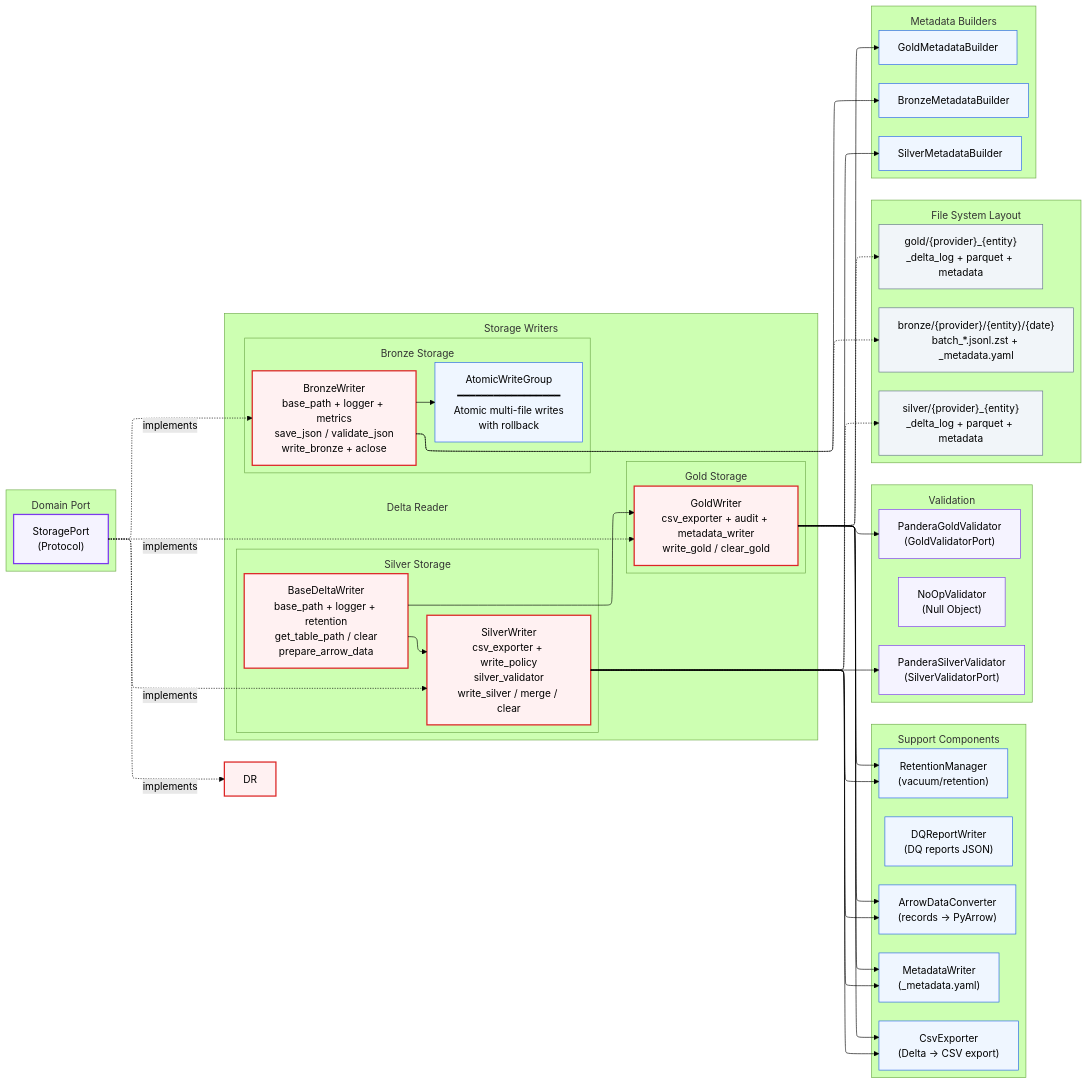
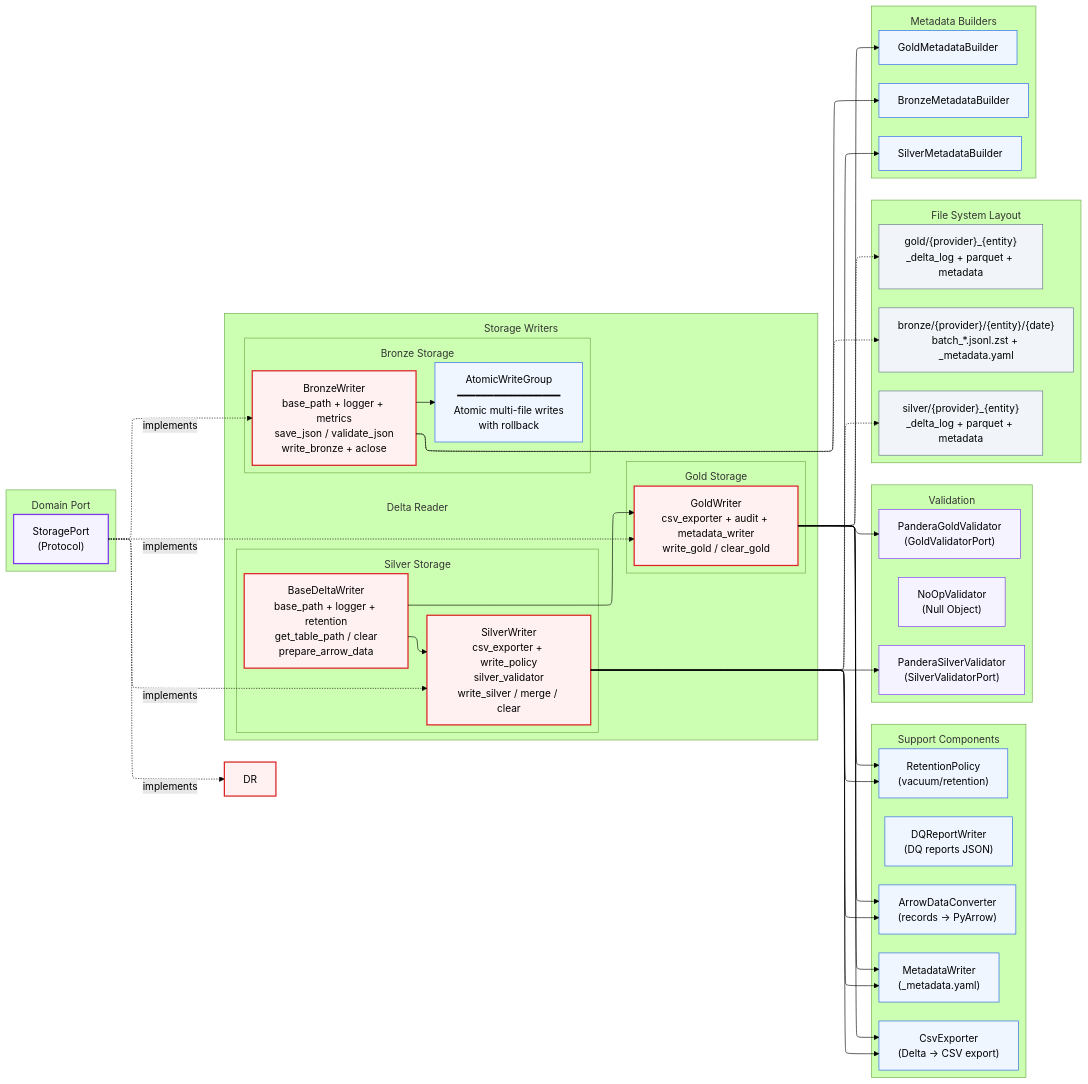
One commit to SatoryKono/BioactivityDataAcquisition changed the diagram in docs/02-architecture/mmd-diagrams/architecture/06-storage-layer.mmd. Above: the diagram before and after it, drawn with Mermaid (forest theme). The commit also changed 37 other files, not shown here.

```diff
--- a/docs/02-architecture/mmd-diagrams/architecture/06-storage-layer.mmd
+++ b/docs/02-architecture/mmd-diagrams/architecture/06-storage-layer.mmd
@@ -1,116 +1,116 @@
 %% BioETL — Storage Layer Components
 %% Shows Bronze/Silver/Gold writers, Delta Lake, metadata, and validation.
 
 %% @version 1.0.0
 %% @date    2026-02-24
 %% @type    flowchart
 %% @level   System / Component
 %% @nodes   21
 %% @reference  Decomposed into 06a-storage-writers, 06b-storage-support
 
 %%{init: {
   'flowchart': {
     'subGraphTitleMargin': { 'top': 12, 'bottom': 12 }
   },
   'layout': 'elk',
   'elk': {
     'mergeEdges': true,
     'nodePlacementStrategy': 'BRANDES_KOEPF',
     'edgeRouting': 'ORTHOGONAL'
   }
 }}%%
 %% @uniform width=216 height=198 max_title_len=22 max_desc_lines=9
 graph LR
 %% keep-orphan: DQW, NOV
     subgraph Port["Domain Port"]
         SP["StoragePort<br/>(Protocol)"]:::size-lg
     end
 
     subgraph Writers["Storage Writers"]
         subgraph BronzeStorage["Bronze Storage"]
             BW["BronzeWriter<br/>base_path + logger + metrics<br/>save_json / validate_json<br/>write_bronze + aclose"]:::size-lg
             AWG["AtomicWriteGroup<br/>━━━━━━━━━━━━━━━━━<br/>Atomic multi-file writes<br/>with rollback"]:::size-lg
         end
 
         subgraph SilverStorage["Silver Storage"]
             BDW["BaseDeltaWriter<br/>base_path + logger + retention<br/>get_table_path / clear<br/>prepare_arrow_data"]:::size-lg
             SWR["SilverWriter<br/>csv_exporter + write_policy<br/>silver_validator<br/>write_silver / merge / clear"]:::size-lg
         end
 
         subgraph GoldStorage["Gold Storage"]
             GWR["GoldWriter<br/>csv_exporter + audit + metadata_writer<br/>write_gold / clear_gold"]:::size-lg
         end
 
         subgraph Reader["Delta Reader"]
         end
     end
 
     subgraph Support["Support Components"]
         AC["ArrowDataConverter<br/>(records → PyArrow)"]:::size-lg
-        RM["RetentionManager<br/>(vacuum/retention)"]:::size-lg
+        RM["RetentionPolicy<br/>(vacuum/retention)"]:::size-lg
         MW["MetadataWriter<br/>(_metadata.yaml)"]:::size-lg
         CSV["CsvExporter<br/>(Delta → CSV export)"]:::size-lg
         DQW["DQReportWriter<br/>(DQ reports JSON)"]:::size-lg
     end
 
     subgraph Validation["Validation"]
         PSV["PanderaSilverValidator<br/>(SilverValidatorPort)"]:::size-lg
         PGV["PanderaGoldValidator<br/>(GoldValidatorPort)"]:::size-lg
         NOV["NoOpValidator<br/>(Null Object)"]:::size-lg
     end
 
     subgraph FileSystem["File System Layout"]
         FS_B["bronze/{provider}/{entity}/{date}<br/>batch_*.jsonl.zst + _metadata.yaml"]:::size-lg
         FS_S["silver/{provider}_{entity}<br/>_delta_log + parquet + metadata"]:::size-lg
         FS_G["gold/{provider}_{entity}<br/>_delta_log + parquet + metadata"]:::size-lg
     end
 
     %% Inheritance
     BDW --> SWR
     BDW --> GWR
 
     %% Port implementation
     SP -.->|implements| BW
     SP -.->|implements| SWR
     SP -.->|implements| GWR
     SP -.->|implements| DR
 
     %% Composition
     BW --> AWG
     SWR --> AC
     GWR --> AC
     SWR --> RM
     GWR --> RM
     SWR --> MW
     GWR --> MW
     SWR --> CSV
     GWR --> CSV
     SWR --> PSV
     GWR --> PGV
 
     %% File system
     BW -.-> FS_B
     SWR -.-> FS_S
     GWR -.-> FS_G
 
     subgraph Metadata["Metadata Builders"]
         BMB["BronzeMetadataBuilder"]:::size-lg
         SMB["SilverMetadataBuilder"]:::size-lg
         GMB["GoldMetadataBuilder"]:::size-lg
     end
 
     BW --> BMB
     SWR --> SMB
     GWR --> GMB
 
     classDef port fill:#f5f3ff,stroke:#7c3aed,stroke-width:2px
     classDef writer fill:#fff1f2,stroke:#dc2626,stroke-width:2px
     classDef support fill:#eff6ff,stroke:#2563eb
     classDef valid fill:#f5f3ff,stroke:#7c3aed
     classDef fs fill:#f1f5f9,stroke:#64748b,stroke-width:1px
 
     class SP port
     class BW,SWR,GWR,DR,BDW writer
     class AC,RM,MW,CSV,DQW,BMB,SMB,GMB,AWG support
     class PSV,PGV,NOV valid
     class FS_B,FS_S,FS_G fs
```
